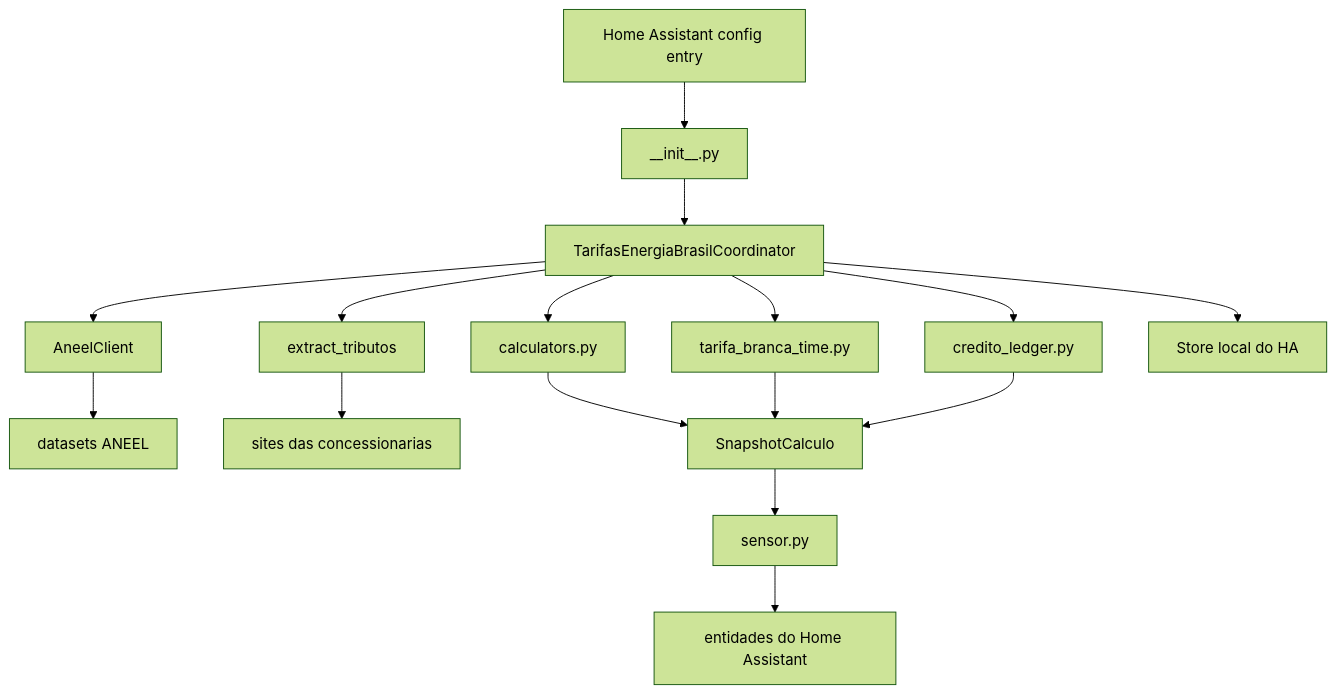
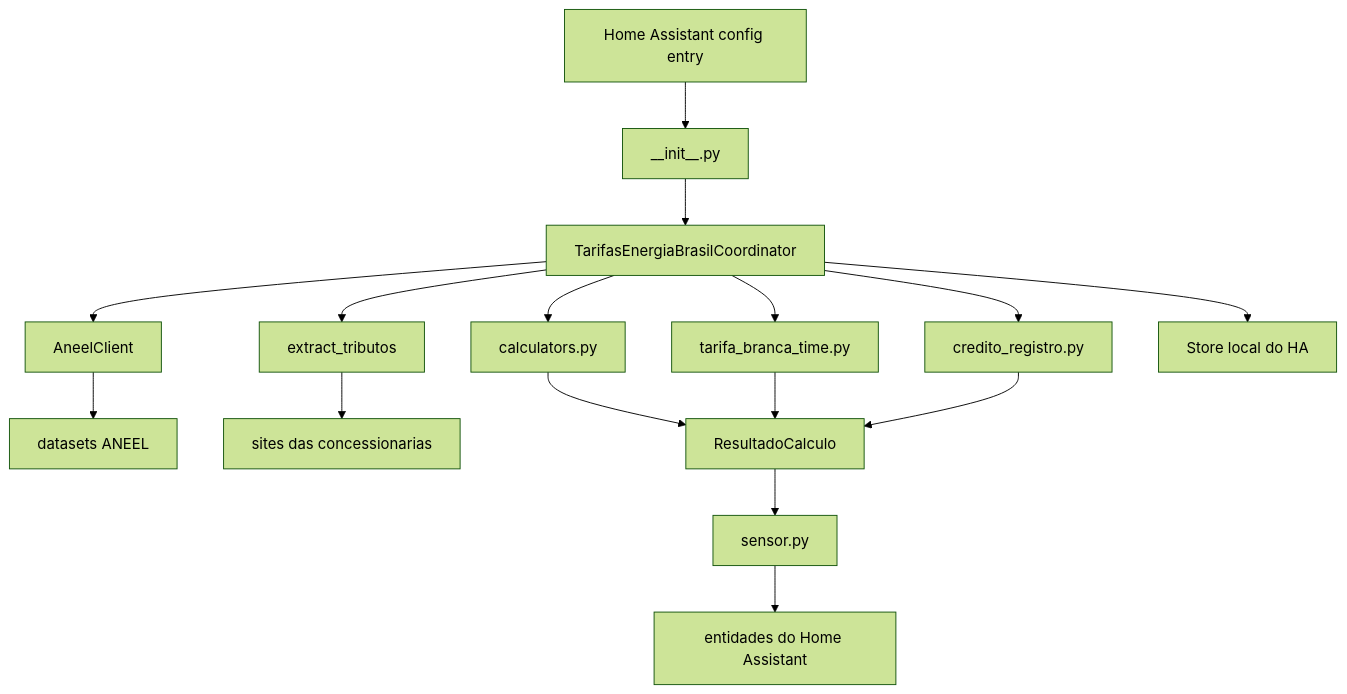
Before and after one commit to ceinmart/tarifas-energia-brasil: the diagram in DOCUMENTACAO_CODIGO_0.1.0-alpha.10.md, drawn with Mermaid (forest theme). The commit also changed other lines of this file and 38 other files, not shown here.

````diff
--- a/DOCUMENTACAO_CODIGO_0.1.0-alpha.10.md
+++ b/DOCUMENTACAO_CODIGO_0.1.0-alpha.10.md
@@ -30,18 +30,18 @@
 ```mermaid
 flowchart TD
     A["Home Assistant config entry"] --> B["__init__.py"]
     B --> C["TarifasEnergiaBrasilCoordinator"]
     C --> D["AneelClient"]
     C --> E["extract_tributos"]
     C --> F["calculators.py"]
     C --> G["tarifa_branca_time.py"]
-    C --> H["credito_ledger.py"]
+    C --> H["credito_registro.py"]
     D --> I["datasets ANEEL"]
     E --> J["sites das concessionarias"]
-    F --> K["SnapshotCalculo"]
+    F --> K["ResultadoCalculo"]
     G --> K
     H --> K
     K --> L["sensor.py"]
     L --> M["entidades do Home Assistant"]
     C --> N["Store local do HA"]
 ```
````
